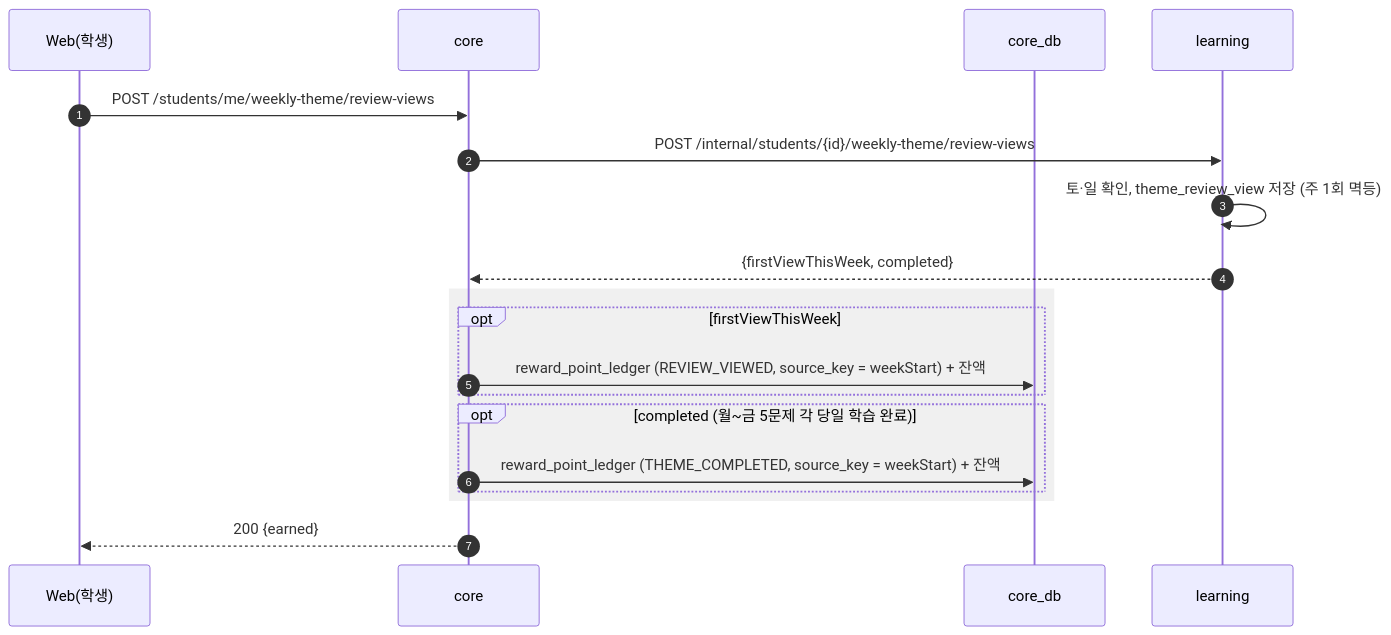
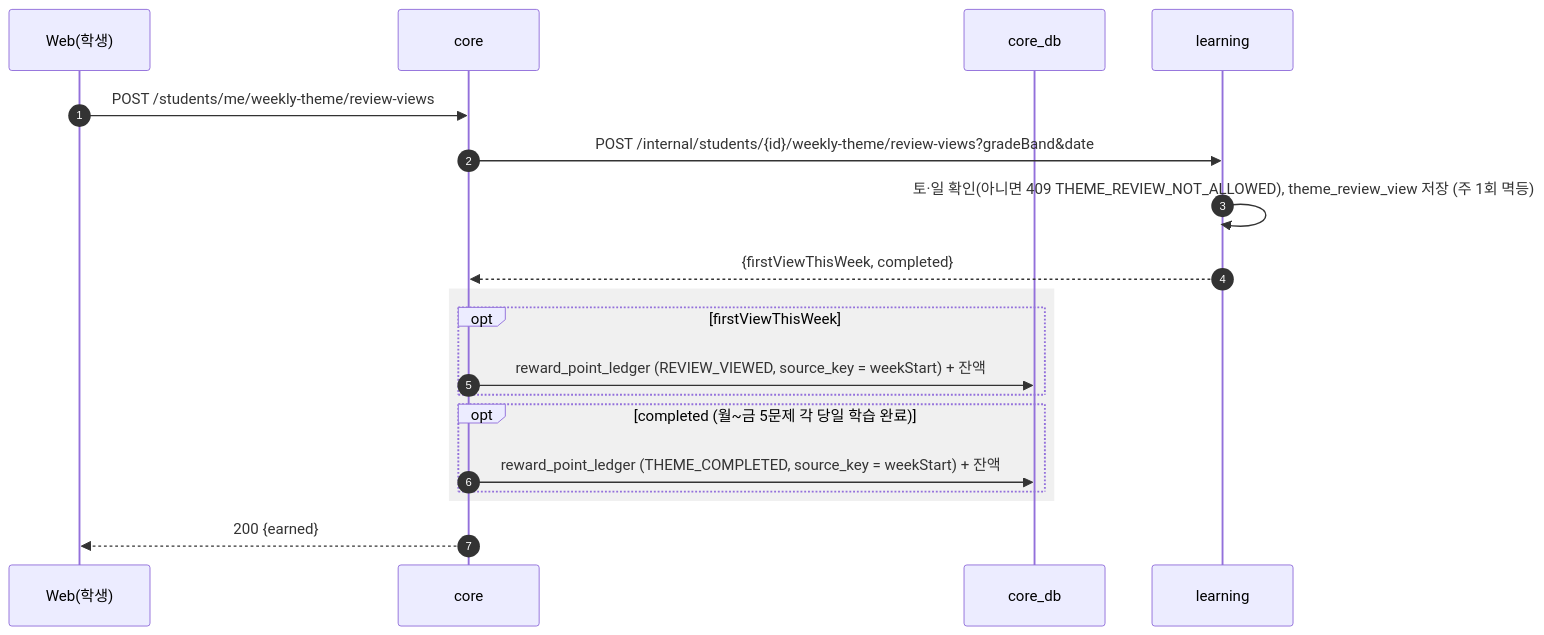
One commit to SKNETWORKS-FAMILY-AICAMP/SKN34-FINAL-3TEAM changed diagram 16 of 33 in docs/design/sequence-diagram.md. Above: the diagram before and after it, drawn with Mermaid. The commit also changed other lines of this file and 43 other files, not shown here.

````diff
--- a/docs/design/sequence-diagram.md
+++ b/docs/design/sequence-diagram.md
@@ -623,22 +624,22 @@
 ```mermaid
 sequenceDiagram
   autonumber
   participant W as Web(학생)
   participant C as core
   participant CDB as core_db
   participant L as learning
 
   W->>C: POST /students/me/weekly-theme/review-views
-  C->>L: POST /internal/students/{id}/weekly-theme/review-views
-  L->>L: 토·일 확인, theme_review_view 저장 (주 1회 멱등)
+  C->>L: POST /internal/students/{id}/weekly-theme/review-views?gradeBand&date
+  L->>L: 토·일 확인(아니면 409 THEME_REVIEW_NOT_ALLOWED), theme_review_view 저장 (주 1회 멱등)
   L-->>C: {firstViewThisWeek, completed}
   rect rgba(128,128,128,0.12)
     opt firstViewThisWeek
       C->>CDB: reward_point_ledger (REVIEW_VIEWED, source_key = weekStart) + 잔액
     end
     opt completed (월~금 5문제 각 당일 학습 완료)
       C->>CDB: reward_point_ledger (THEME_COMPLETED, source_key = weekStart) + 잔액
     end
   end
   C-->>W: 200 {earned}
 ```
````
